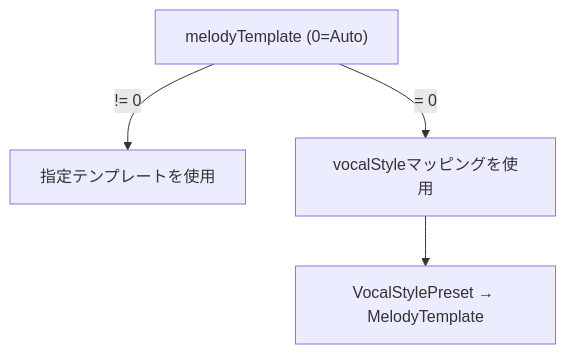
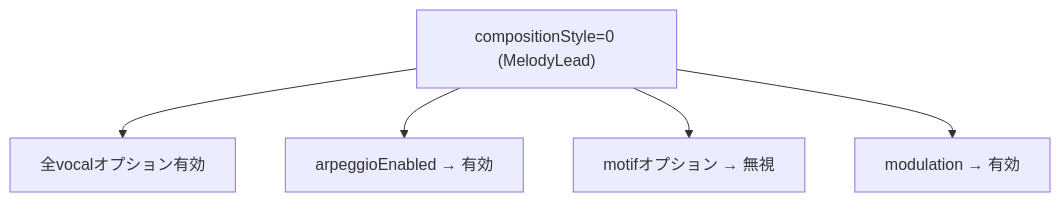
The seventh of 10 diagrams in src/ja/docs/option-relationships.md (libraz/midi-sketch-homepage), drawn with Mermaid before and after one commit. The commit also changed other lines of this file and 16 other files, not shown here.

````diff
--- a/src/ja/docs/option-relationships.md
+++ b/src/ja/docs/option-relationships.md
@@ -112,6 +128,8 @@
 ```mermaid
 graph TD
-    melodyTemplate["melodyTemplate (0=Auto)"] --> |"!= 0"| MT["指定テンプレートを使用"]
-    melodyTemplate --> |"= 0"| VS["vocalStyleマッピングを使用"]
-    VS --> VSM["VocalStylePreset → MelodyTemplate"]
+    ML["compositionStyle=0 (MelodyLead)"]
+    ML --> ML1["全vocalオプション有効"]
+    ML --> ML2["arpeggioEnabled → 有効"]
+    ML --> ML3["motifオプション → 無視"]
+    ML --> ML4["modulation → 有効"]
 ```
````
